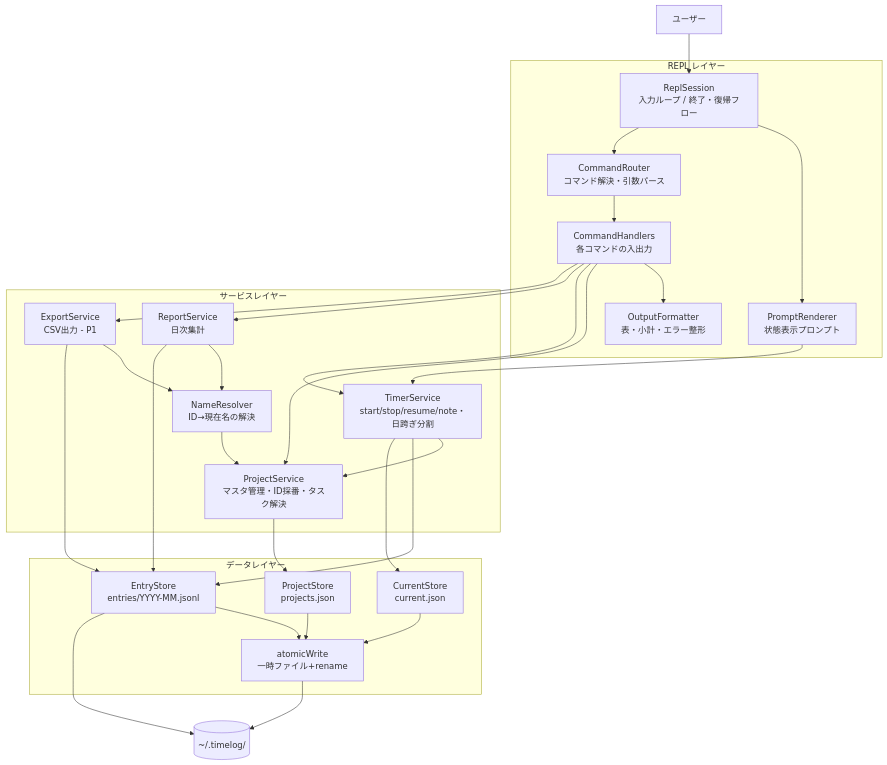
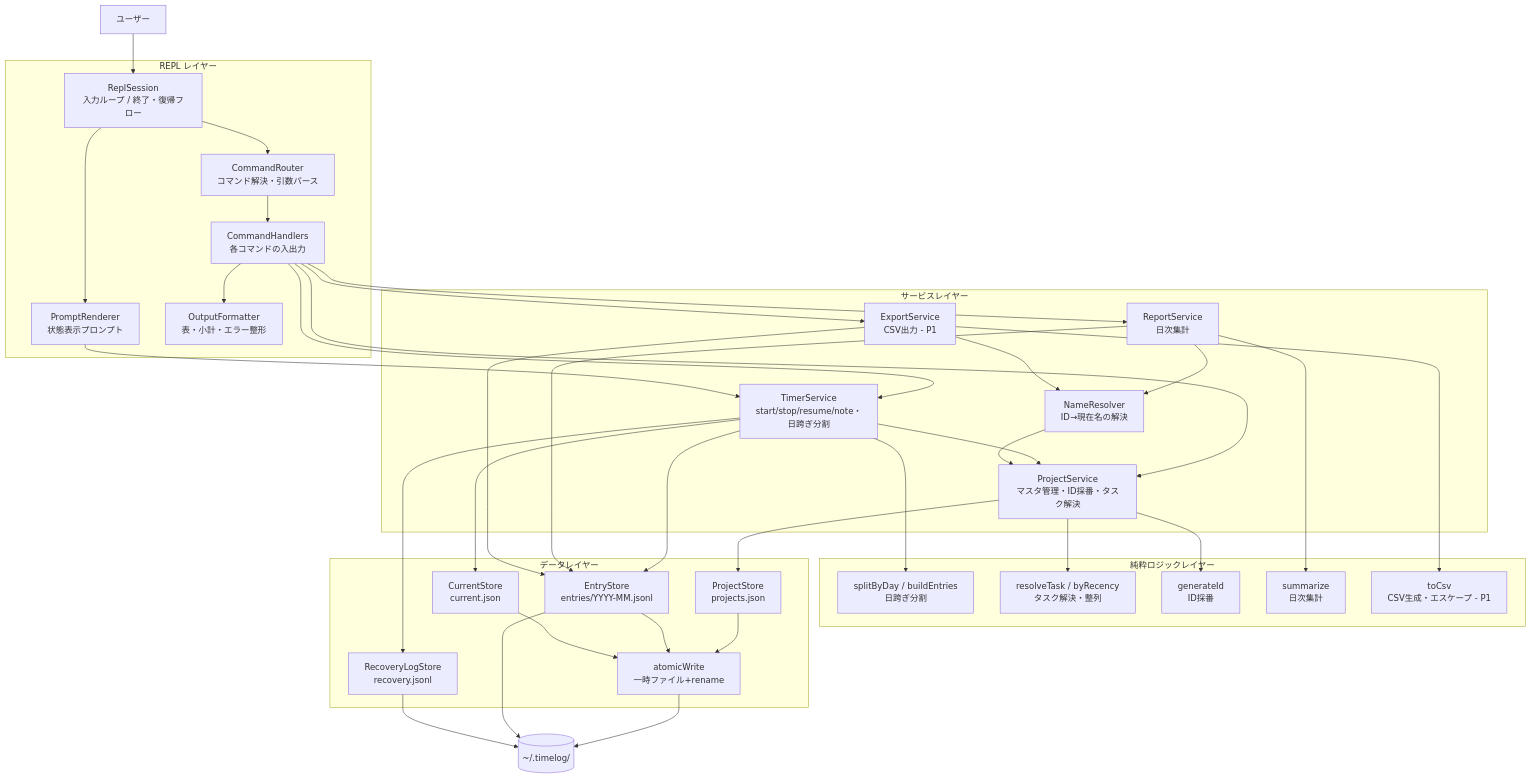
The first of 7 diagrams in docs/functional-design.md (nknrysk/claude-code-book-chapter8-test), drawn with Mermaid before and after one commit. The commit also changed other lines of this file and 2 other files, not shown here.

````diff
--- a/docs/functional-design.md
+++ b/docs/functional-design.md
@@ -9,54 +9,70 @@
 ```mermaid
 graph TB
     User[ユーザー]
 
     subgraph REPL レイヤー
         Session[ReplSession<br/>入力ループ / 終了・復帰フロー]
         Prompt[PromptRenderer<br/>状態表示プロンプト]
         Router[CommandRouter<br/>コマンド解決・引数パース]
         Handlers[CommandHandlers<br/>各コマンドの入出力]
         View[OutputFormatter<br/>表・小計・エラー整形]
     end
 
     subgraph サービスレイヤー
         PS[ProjectService<br/>マスタ管理・ID採番・タスク解決]
         TS[TimerService<br/>start/stop/resume/note・日跨ぎ分割]
         RS[ReportService<br/>日次集計]
         ES[ExportService<br/>CSV出力 - P1]
         NR[NameResolver<br/>ID→現在名の解決]
     end
 
+    subgraph 純粋ロジックレイヤー
+        Split[splitByDay / buildEntries<br/>日跨ぎ分割]
+        Resolve[resolveTask / byRecency<br/>タスク解決・整列]
+        IdGen[generateId<br/>ID採番]
+        Sum[summarize<br/>日次集計]
+        Csv[toCsv<br/>CSV生成・エスケープ - P1]
+    end
+
     subgraph データレイヤー
         PStore[ProjectStore<br/>projects.json]
         EStore[EntryStore<br/>entries/YYYY-MM.jsonl]
         CStore[CurrentStore<br/>current.json]
+        RStore[RecoveryLogStore<br/>recovery.jsonl]
         AW[atomicWrite<br/>一時ファイル+rename]
     end
 
     FS[(~/.timelog/)]
 
     User --> Session
     Session --> Prompt
     Session --> Router
     Router --> Handlers
     Handlers --> View
     Handlers --> PS
     Handlers --> TS
     Handlers --> RS
     Handlers --> ES
     Prompt --> TS
     TS --> PS
+    TS --> Split
+    PS --> Resolve
+    PS --> IdGen
+    RS --> Sum
     RS --> NR
     ES --> NR
+    ES --> Csv
     NR --> PS
     PS --> PStore
     TS --> EStore
     TS --> CStore
     RS --> EStore
     ES --> EStore
+    TS --> RStore
     PStore --> AW
     EStore --> AW
     CStore --> AW
     AW --> FS
     EStore --> FS
+    RStore --> FS
 ```
````
